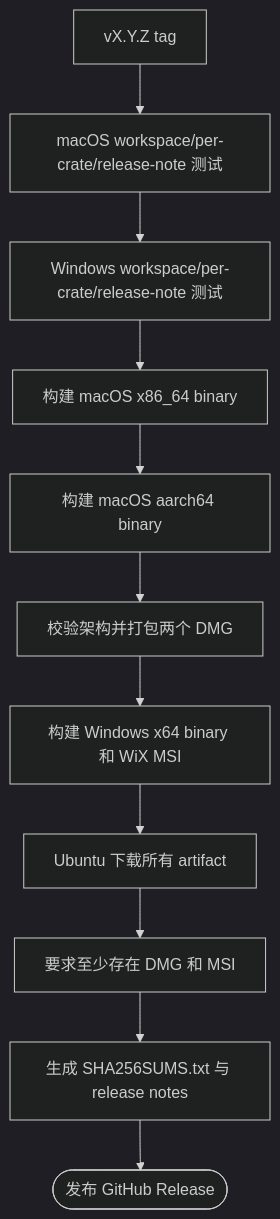
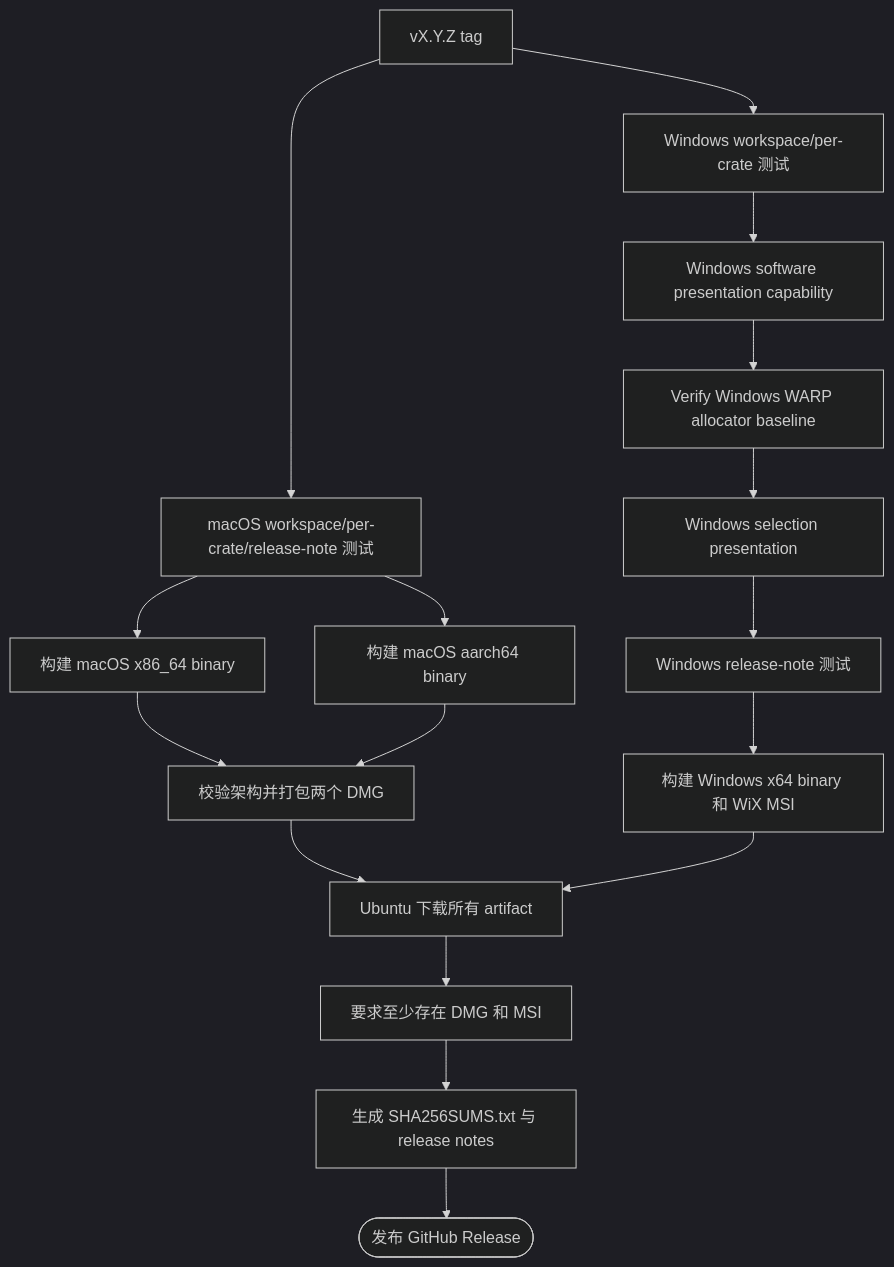
One commit to D0n9X1n/SonicTerm changed the fourth of 4 diagrams in wiki/Development-and-Release.md. Above: the diagram before and after it, drawn with Mermaid (dark theme). The commit also changed other lines of this file and 16 other files, not shown here.

````diff
--- a/wiki/Development-and-Release.md
+++ b/wiki/Development-and-Release.md
@@ -509,25 +571,35 @@
 ```mermaid
 flowchart TD
     tag["vX.Y.Z tag"]
     mactest["macOS workspace/per-crate/release-note 测试"]
-    wintest["Windows workspace/per-crate/release-note 测试"]
+    wintest["Windows workspace/per-crate 测试"]
+    softpresent["Windows software presentation capability"]
+    warp["Verify Windows WARP allocator baseline"]
+    selection["Windows selection presentation"]
+    notes["Windows release-note 测试"]
     macx86["构建 macOS x86_64 binary"]
     macarm["构建 macOS aarch64 binary"]
     dmg["校验架构并打包两个 DMG"]
     msi["构建 Windows x64 binary 和 WiX MSI"]
     download["Ubuntu 下载所有 artifact"]
     require["要求至少存在 DMG 和 MSI"]
     sums["生成 SHA256SUMS.txt 与 release notes"]
     publish(["发布 GitHub Release"])
 
     tag --> mactest
-    mactest --> wintest
-    wintest --> macx86
-    macx86 --> macarm
+    tag --> wintest
+    wintest --> softpresent
+    softpresent --> warp
+    warp --> selection
+    selection --> notes
+    mactest --> macx86
+    mactest --> macarm
+    macx86 --> dmg
     macarm --> dmg
-    dmg --> msi
+    notes --> msi
+    dmg --> download
     msi --> download
     download --> require
     require --> sums
     sums --> publish
 ```
````
